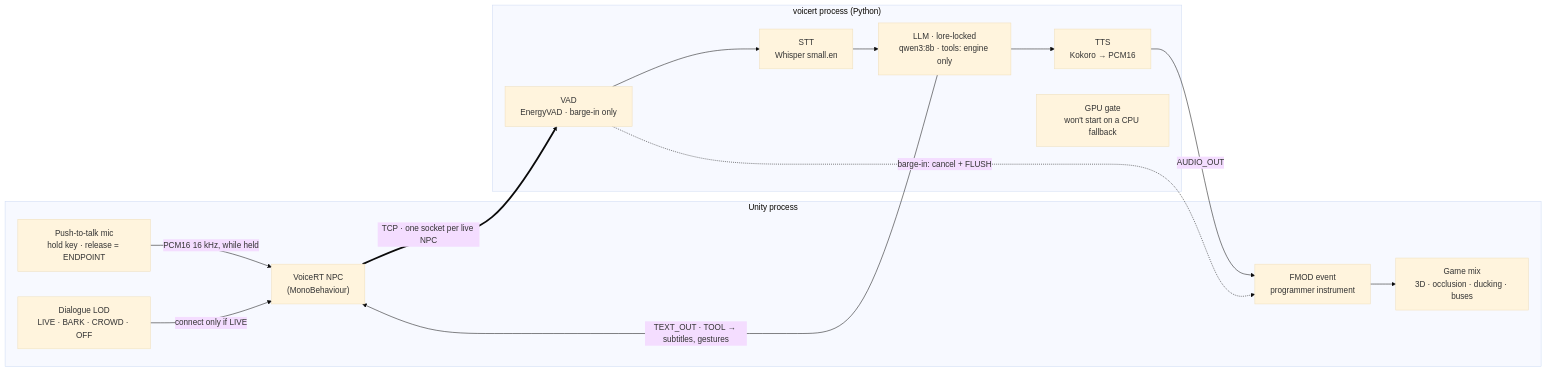
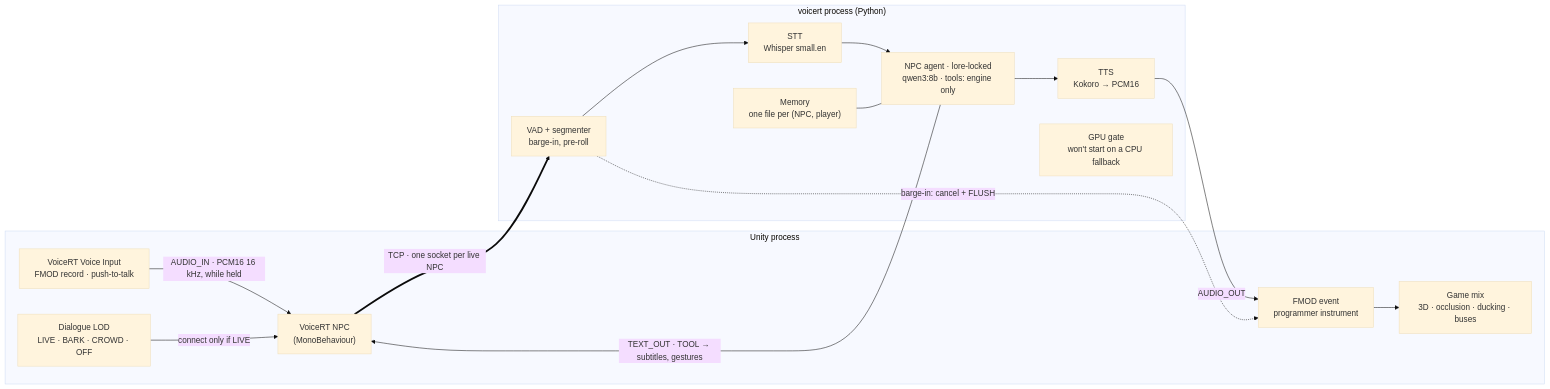
Before and after one commit to raphsoundmix-ctrl/voicert: the diagram in README.md, drawn with Mermaid (base theme). The commit also changed other lines of this file and 5 other files, not shown here.

````diff
--- a/README.md
+++ b/README.md
@@ -99,20 +66,21 @@
 ```mermaid
 flowchart LR
     subgraph U["Unity process"]
-        MIC["Push-to-talk mic<br/>hold key · release = ENDPOINT"]
+        MIC["VoiceRT Voice Input<br/>FMOD record · push-to-talk"]
         LOD["Dialogue LOD<br/>LIVE · BARK · CROWD · OFF"]
         NPC["VoiceRT NPC<br/>(MonoBehaviour)"]
         FMOD["FMOD event<br/>programmer instrument"]
         MIX["Game mix<br/>3D · occlusion · ducking · buses"]
     end
     subgraph V["voicert process (Python)"]
-        VAD["VAD<br/>EnergyVAD · barge-in only"] --> STT["STT<br/>Whisper small.en"] --> LLM["LLM · lore-locked<br/>qwen3:8b · tools: engine only"] --> TTS["TTS<br/>Kokoro → PCM16"]
+        VAD["VAD + segmenter<br/>barge-in, pre-roll"] --> STT["STT<br/>Whisper small.en"] --> LLM["NPC agent · lore-locked<br/>qwen3:8b · tools: engine only"] --> TTS["TTS<br/>Kokoro → PCM16"]
+        MEM["Memory<br/>one file per (NPC, player)"] --- LLM
         GATE["GPU gate<br/>won't start on a CPU fallback"]
     end
-    MIC -- "PCM16 16 kHz, while held" --> NPC
+    MIC -- "AUDIO_IN · PCM16 16 kHz, while held" --> NPC
     LOD -- "connect only if LIVE" --> NPC
     NPC == "TCP · one socket per live NPC" ==> VAD
     TTS -- "AUDIO_OUT" --> FMOD --> MIX
     VAD -. "barge-in: cancel + FLUSH" .-> FMOD
     LLM -- "TEXT_OUT · TOOL → subtitles, gestures" --> NPC
 ```
````
